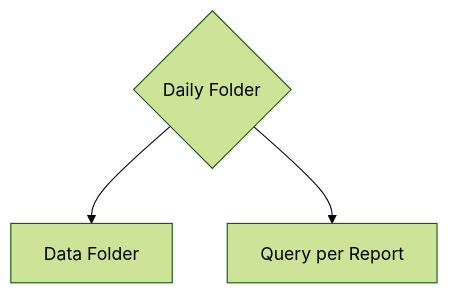
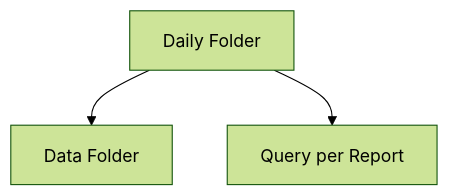
Before and after one commit to Eddie-Zhu-IRL/banking-report-etl-powerquery: the diagram in README.md, drawn with Mermaid (forest theme).

````diff
--- a/README.md
+++ b/README.md
@@ -60,6 +60,6 @@
 ```mermaid
 graph TD;
-A{Daily Folder} --> B[Data Folder];
-A{Daily Folder} --> C[Query per Report];
+A[Daily Folder] --> B[Data Folder];
+A[Daily Folder] --> C[Query per Report];
 
 ```
````
